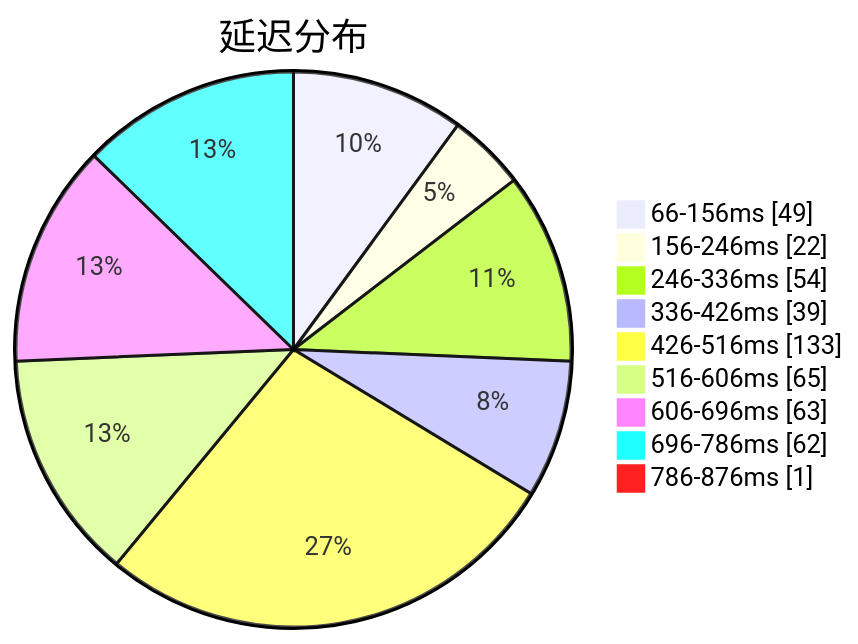
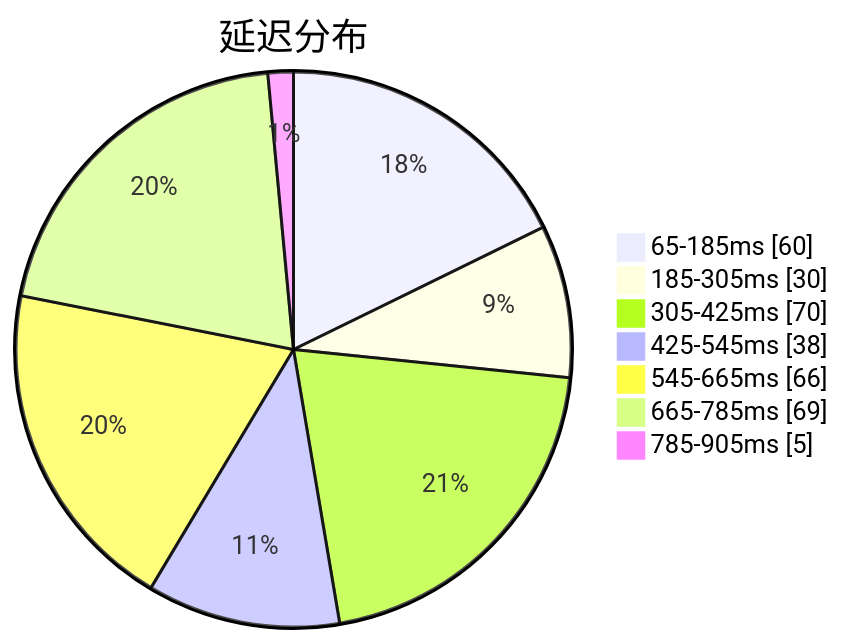
Before and after one commit to sinspired/airport: the first of 3 diagrams in subs/statistics/tested_within.md, drawn with Mermaid. The commit also changed other lines of this file and 2 other files, not shown here.

````diff
--- a/subs/statistics/tested_within.md
+++ b/subs/statistics/tested_within.md
@@ -2,13 +2,11 @@
 ```mermaid
 pie showData
 title 延迟分布
-"66-156ms" : 49
-"156-246ms" : 22
-"246-336ms" : 54
-"336-426ms" : 39
-"426-516ms" : 133
-"516-606ms" : 65
-"606-696ms" : 63
-"696-786ms" : 62
-"786-876ms" : 1
+"65-185ms" : 60
+"185-305ms" : 30
+"305-425ms" : 70
+"425-545ms" : 38
+"545-665ms" : 66
+"665-785ms" : 69
+"785-905ms" : 5
 ```
````
